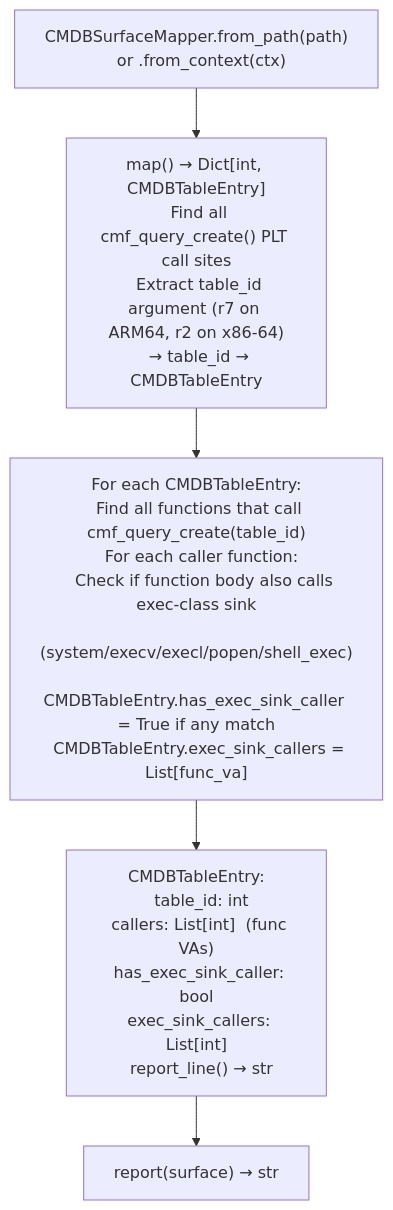
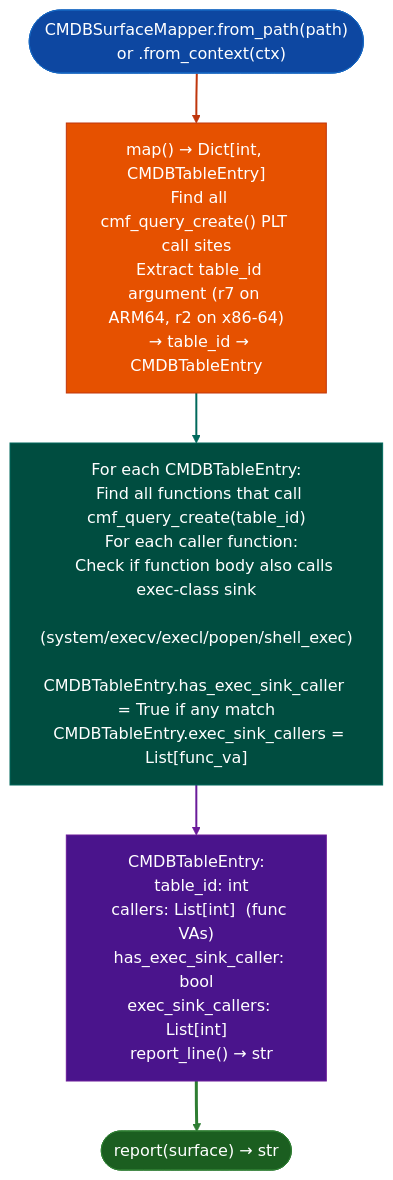
Before and after one commit to Ablation-Tool/ablation: the diagram in docs/reference-modules/finding-corpus-mining.md, drawn with Mermaid. The commit also changed 320 other files, not shown here.

First line of the commit message:
docs: apply canonical Mermaid template to all 321 diagrams

````diff
--- a/docs/reference-modules/finding-corpus-mining.md
+++ b/docs/reference-modules/finding-corpus-mining.md
@@ -19,7 +19,17 @@
 ```mermaid
 flowchart TD
-    A["CMDBSurfaceMapper.from_path(path)\n  or .from_context(ctx)"] --> B["map() → Dict[int, CMDBTableEntry]\n  Find all cmf_query_create() PLT call sites\n  Extract table_id argument (r7 on ARM64, r2 on x86-64)\n  → table_id → CMDBTableEntry"]
-    B --> C["For each CMDBTableEntry:\n  Find all functions that call cmf_query_create(table_id)\n  For each caller function:\n    Check if function body also calls exec-class sink\n    (system/execv/execl/popen/shell_exec)\n  CMDBTableEntry.has_exec_sink_caller = True if any match\n  CMDBTableEntry.exec_sink_callers = List[func_va]"]
-    C --> D["CMDBTableEntry:\n  table_id: int\n  callers: List[int]  (func VAs)\n  has_exec_sink_caller: bool\n  exec_sink_callers: List[int]\n  report_line() → str"]
-    D --> E["report(surface) → str"]
+    A(["CMDBSurfaceMapper.from_path(path)\n  or .from_context(ctx)"]):::input --> B["map() → Dict[int, CMDBTableEntry]\n  Find all cmf_query_create() PLT call sites\n  Extract table_id argument (r7 on ARM64, r2 on x86-64)\n  → table_id → CMDBTableEntry"]:::primary
+    B:::primary --> C["For each CMDBTableEntry:\n  Find all functions that call cmf_query_create(table_id)\n  For each caller function:\n    Check if function body also calls exec-class sink\n    (system/execv/execl/popen/shell_exec)\n  CMDBTableEntry.has_exec_sink_caller = True if any match\n  CMDBTableEntry.exec_sink_callers = List[func_va]"]:::secondary
+    C:::secondary --> D["CMDBTableEntry:\n  table_id: int\n  callers: List[int]  (func VAs)\n  has_exec_sink_caller: bool\n  exec_sink_callers: List[int]\n  report_line() → str"]:::tertiary
+    D:::tertiary --> E(["report(surface) → str"]):::output
+    classDef input     fill:#0d47a1,stroke:#1565c0,color:#fff
+    classDef primary   fill:#e65100,stroke:#bf360c,color:#fff
+    classDef secondary fill:#004d40,stroke:#00695c,color:#fff
+    classDef tertiary  fill:#4a148c,stroke:#6a1b9a,color:#fff
+    classDef neutral   fill:#37474f,stroke:#546e7a,color:#fff
+    classDef output    fill:#1b5e20,stroke:#2e7d32,color:#fff
+    linkStyle 0 stroke:#bf360c,stroke-width:2px
+    linkStyle 1 stroke:#00695c,stroke-width:2px
+    linkStyle 2 stroke:#6a1b9a,stroke-width:2px
+    linkStyle 3 stroke:#2e7d32,stroke-width:3px
 ```
````
